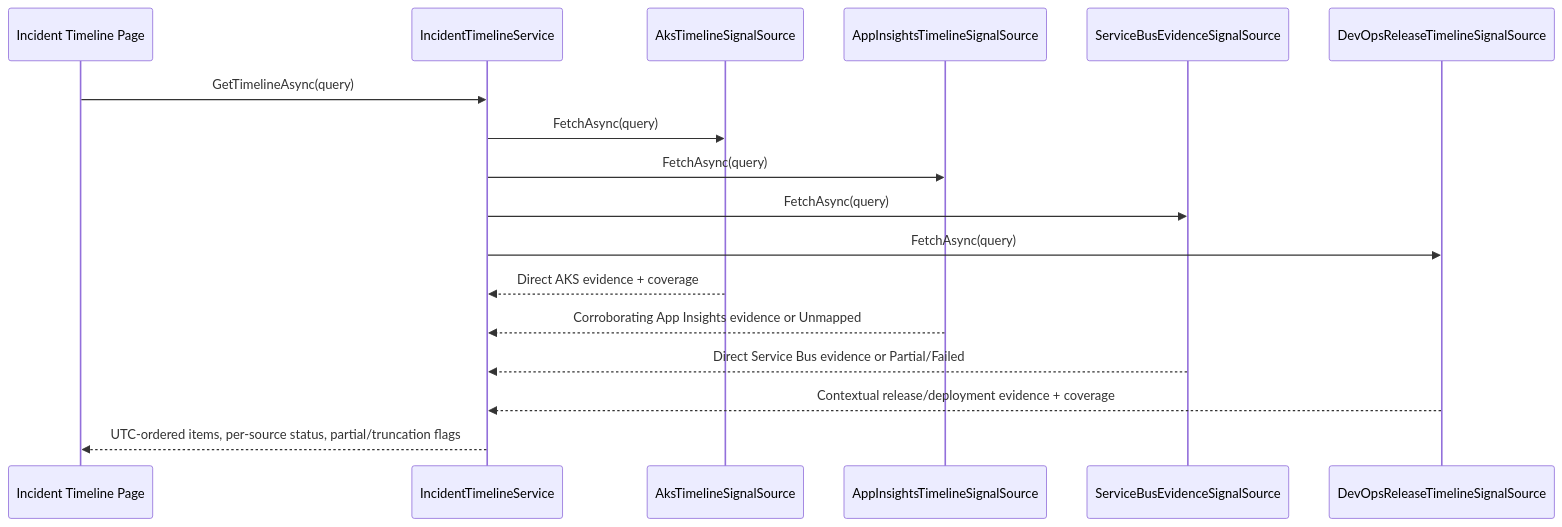
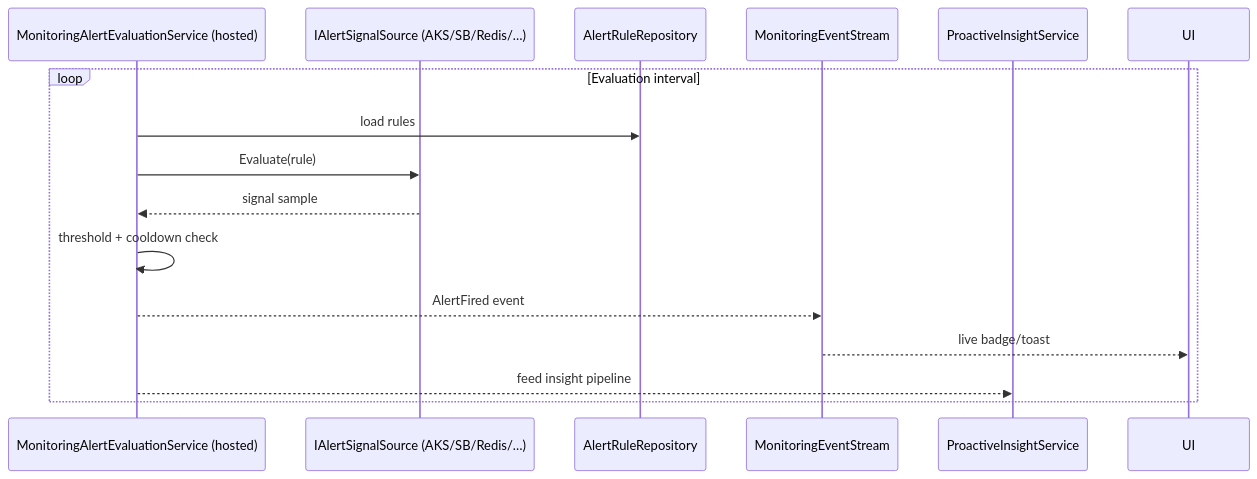
The fourth of 5 diagrams in docs/architecture/design.md (SWojtyla/SwebKit), drawn with Mermaid before and after one commit. The commit also changed other lines of this file and 964 other files, not shown here.

````diff
--- a/docs/architecture/design.md
+++ b/docs/architecture/design.md
@@ -324,20 +161,18 @@
 ```mermaid
 sequenceDiagram
-    participant UI as Incident Timeline Page
-    participant Timeline as IncidentTimelineService
-    participant Aks as AksTimelineSignalSource
-    participant Obs as AppInsightsTimelineSignalSource
-    participant Sb as ServiceBusEvidenceSignalSource
-    participant Ado as DevOpsReleaseTimelineSignalSource
+    participant Engine as MonitoringAlertEvaluationService (hosted)
+    participant Src as IAlertSignalSource (AKS/SB/Redis/…)
+    participant Store as AlertRuleRepository
+    participant SSE as MonitoringEventStream
+    participant Insight as ProactiveInsightService
 
-    UI->>Timeline: GetTimelineAsync(query)
-    Timeline->>Aks: FetchAsync(query)
-    Timeline->>Obs: FetchAsync(query)
-    Timeline->>Sb: FetchAsync(query)
-    Timeline->>Ado: FetchAsync(query)
-    Aks-->>Timeline: Direct AKS evidence + coverage
-    Obs-->>Timeline: Corroborating App Insights evidence or Unmapped
-    Sb-->>Timeline: Direct Service Bus evidence or Partial/Failed
-    Ado-->>Timeline: Contextual release/deployment evidence + coverage
-    Timeline-->>UI: UTC-ordered items, per-source status, partial/truncation flags
+    loop Evaluation interval
+        Engine->>Store: load rules
+        Engine->>Src: Evaluate(rule)
+        Src-->>Engine: signal sample
+        Engine->>Engine: threshold + cooldown check
+        Engine-->>SSE: AlertFired event
+        SSE-->>UI: live badge/toast
+        Engine-->>Insight: feed insight pipeline
+    end
 ```
````
